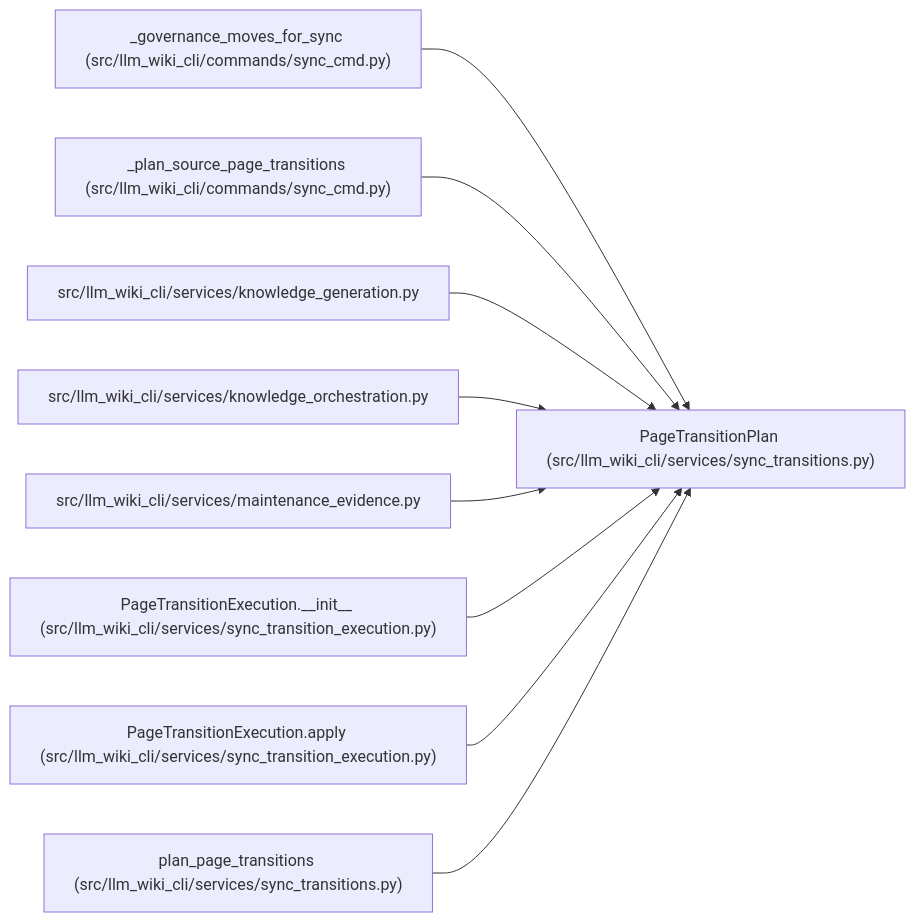
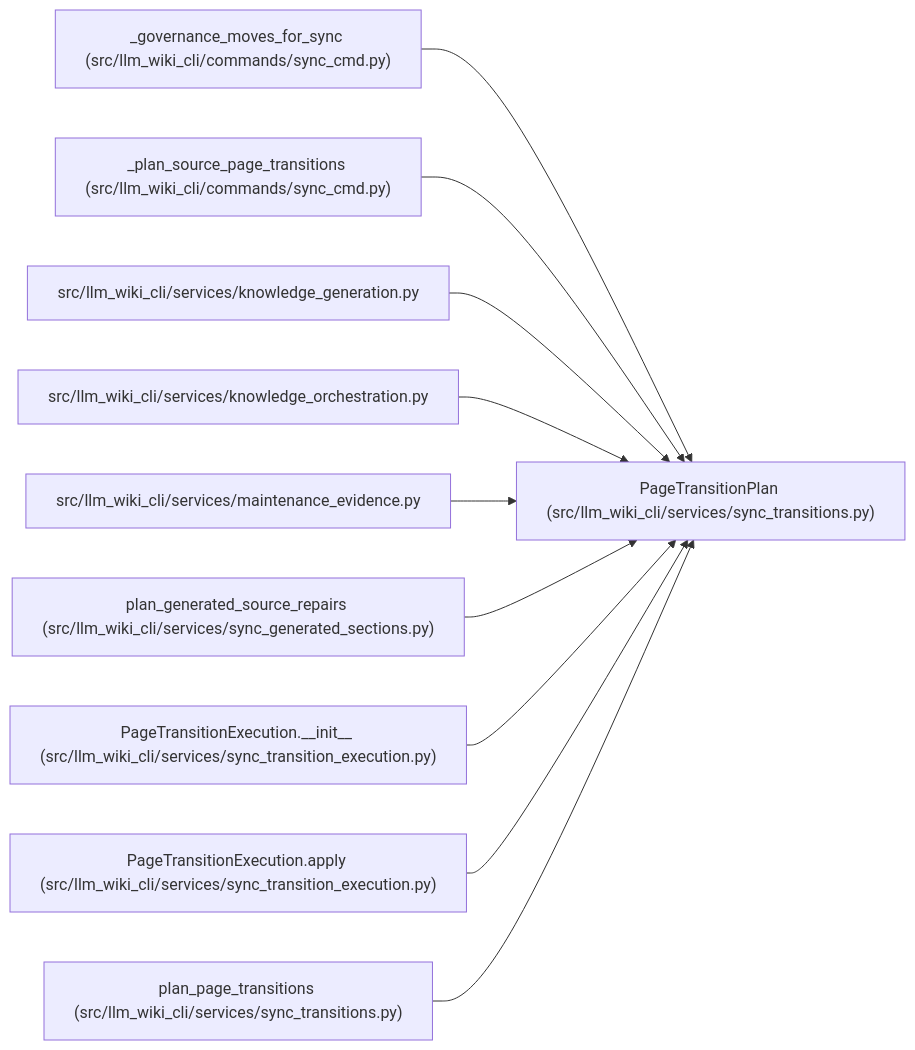
The diagram in docs/llm_wiki/entities/PageTransitionPlan.md (Denissvgn/python-wiki-llm), drawn with Mermaid before and after one commit. The commit also changed other lines of this file and 370 other files, not shown here.

Commit message:
docs(wiki): Document source-grounded retained section repairs

````diff
--- a/docs/llm_wiki/entities/PageTransitionPlan.md
+++ b/docs/llm_wiki/entities/PageTransitionPlan.md
@@ -30,29 +30,32 @@
 ```mermaid
 flowchart LR
     n0["PageTransitionPlan (src/llm_wiki_cli/services/sync_transitions.py)"]
     n1["_governance_moves_for_sync (src/llm_wiki_cli/commands/sync_cmd.py)"]
     n2["_plan_source_page_transitions (src/llm_wiki_cli/commands/sync_cmd.py)"]
     n3["src/llm_wiki_cli/services/knowledge_generation.py"]
     n4["src/llm_wiki_cli/services/knowledge_orchestration.py"]
     n5["src/llm_wiki_cli/services/maintenance_evidence.py"]
-    n6["PageTransitionExecution.__init__ (src/llm_wiki_cli/services/sync_transition_execution.py)"]
-    n7["PageTransitionExecution.apply (src/llm_wiki_cli/services/sync_transition_execution.py)"]
-    n8["plan_page_transitions (src/llm_wiki_cli/services/sync_transitions.py)"]
+    n6["plan_generated_source_repairs (src/llm_wiki_cli/services/sync_generated_sections.py)"]
+    n7["PageTransitionExecution.__init__ (src/llm_wiki_cli/services/sync_transition_execution.py)"]
+    n8["PageTransitionExecution.apply (src/llm_wiki_cli/services/sync_transition_execution.py)"]
+    n9["plan_page_transitions (src/llm_wiki_cli/services/sync_transitions.py)"]
     n1 --> n0
     n2 --> n0
     n3 --> n0
     n4 --> n0
     n5 --> n0
     n6 --> n0
     n7 --> n0
     n8 --> n0
+    n9 --> n0
     click n0 "../modules/sync_transitions.md"
     click n1 "../modules/sync_cmd.md"
     click n2 "../modules/sync_cmd.md"
     click n3 "../modules/knowledge_generation.md"
     click n4 "../modules/knowledge_orchestration.md"
     click n5 "../modules/maintenance_evidence.md"
-    click n6 "../modules/sync_transition_execution.md"
+    click n6 "../modules/sync_generated_sections.md"
     click n7 "../modules/sync_transition_execution.md"
-    click n8 "../modules/sync_transitions.md"
+    click n8 "../modules/sync_transition_execution.md"
+    click n9 "../modules/sync_transitions.md"
 ```
````
